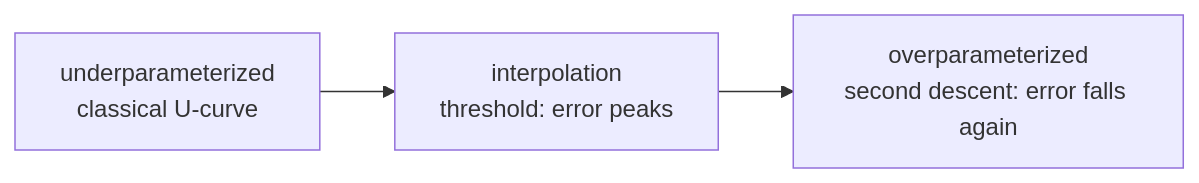
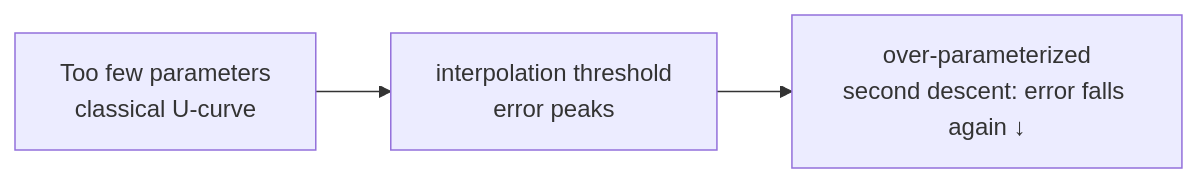
One commit to beomyoung-kim/ml_study changed the diagram in content/foundations/regularization-generalization.md. Above: the diagram before and after it, drawn with Mermaid. The commit also changed other lines of this file and 209 other files, not shown here.

````diff
--- a/content/foundations/regularization-generalization.md
+++ b/content/foundations/regularization-generalization.md
@@ -73,5 +157,5 @@
 ```mermaid
 flowchart LR
-  A["underparameterized<br/>classical U-curve"] --> B["interpolation<br/>threshold: error peaks"]
-  B --> C["overparameterized<br/>second descent: error falls again"]
+  A["Too few parameters<br/>classical U-curve"] --> B["interpolation threshold<br/>error peaks"]
+  B --> C["over-parameterized<br/>second descent: error falls again ↓"]
 ```
````
